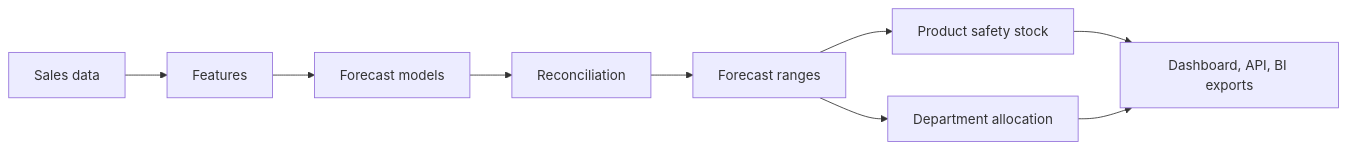
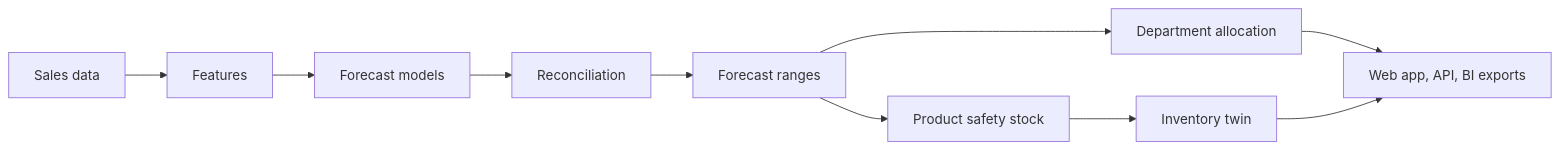
The diagram in README.md (advaithvemurisai/demand-forecast-platform), drawn with Mermaid before and after one commit. The commit also changed other lines of this file and 108 other files, not shown here.

````diff
--- a/README.md
+++ b/README.md
@@ -43,11 +68,12 @@
 ```mermaid
 flowchart LR
     D[Sales data] --> F[Features]
     F --> M[Forecast models]
     M --> R[Reconciliation]
     R --> P[Forecast ranges]
     P --> S[Product safety stock]
     P --> A[Department allocation]
-    S --> O[Dashboard, API, BI exports]
-    A --> O
+    S --> T[Inventory twin]
+    A --> O[Web app, API, BI exports]
+    T --> O
 ```
````
